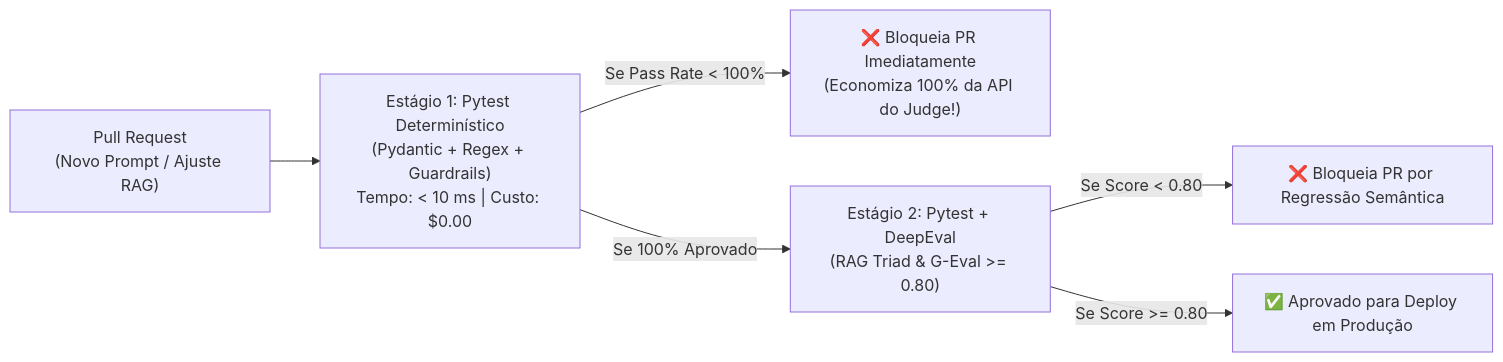
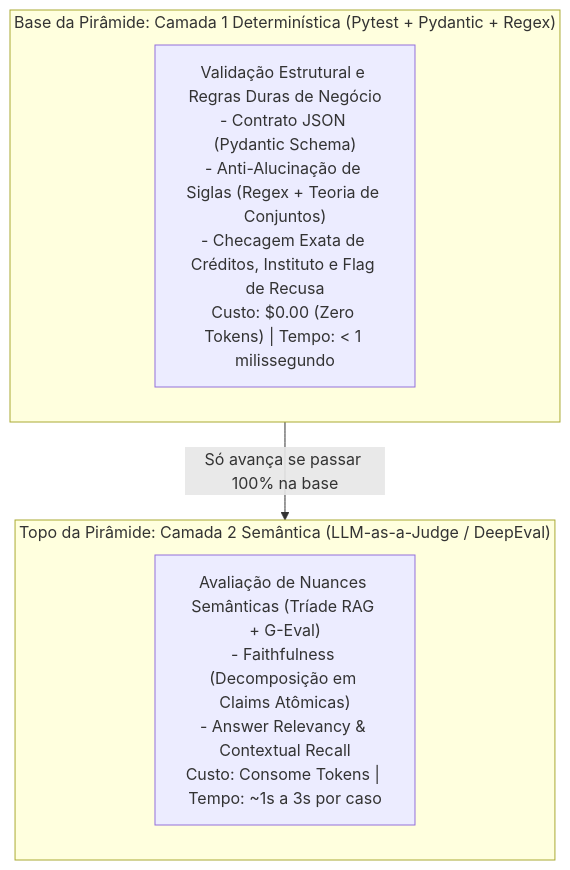
The diagram in 02-llm-eval-pipeline/GUIA_TEORICO.md (muriguerra/llmops-engenharia-estudo), drawn with Mermaid before and after one commit. The commit also changed other lines of this file, not shown here.

Commit message:
docs(02-llm-eval): enriquece GUIA_TEORICO.md com exemplos praticos, explicacao das bibliotecas e detalhamento de todos os scripts

````diff
--- a/02-llm-eval-pipeline/GUIA_TEORICO.md
+++ b/02-llm-eval-pipeline/GUIA_TEORICO.md
@@ -142,8 +48,12 @@
 ```mermaid
-flowchart LR
-    PR["Pull Request<br/>(Novo Prompt / Ajuste RAG)"] --> L1["Estágio 1: Pytest Determinístico<br/>(Pydantic + Regex + Guardrails)<br/>Tempo: < 10 ms | Custo: $0.00"]
-    L1 -->|"Se Pass Rate < 100%"| BLOCK1["❌ Bloqueia PR Imediatamente<br/>(Economiza 100% da API do Judge!)"]
-    L1 -->|"Se 100% Aprovado"| L2["Estágio 2: Pytest + DeepEval<br/>(RAG Triad & G-Eval >= 0.80)"]
-    L2 -->|"Se Score < 0.80"| BLOCK2["❌ Bloqueia PR por Regressão Semântica"]
-    L2 -->|"Se Score >= 0.80"| DEPLOY["✅ Aprovado para Deploy em Produção"]
+flowchart TB
+    subgraph Camada2 ["Topo da Pirâmide: Camada 2 Semântica (LLM-as-a-Judge / DeepEval)"]
+        J["Avaliação de Nuances Semânticas (Tríade RAG + G-Eval)<br/>- Faithfulness (Decomposição em Claims Atômicas)<br/>- Answer Relevancy & Contextual Recall<br/>Custo: Consome Tokens | Tempo: ~1s a 3s por caso"]
+    end
+
+    subgraph Camada1 ["Base da Pirâmide: Camada 1 Determinística (Pytest + Pydantic + Regex)"]
+        D["Validação Estrutural e Regras Duras de Negócio<br/>- Contrato JSON (Pydantic Schema)<br/>- Anti-Alucinação de Siglas (Regex + Teoria de Conjuntos)<br/>- Checagem Exata de Créditos, Instituto e Flag de Recusa<br/>Custo: $0.00 (Zero Tokens) | Tempo: < 1 milissegundo"]
+    end
+
+    Camada1 -->|"Só avança se passar 100% na base"| Camada2
 ```
````
